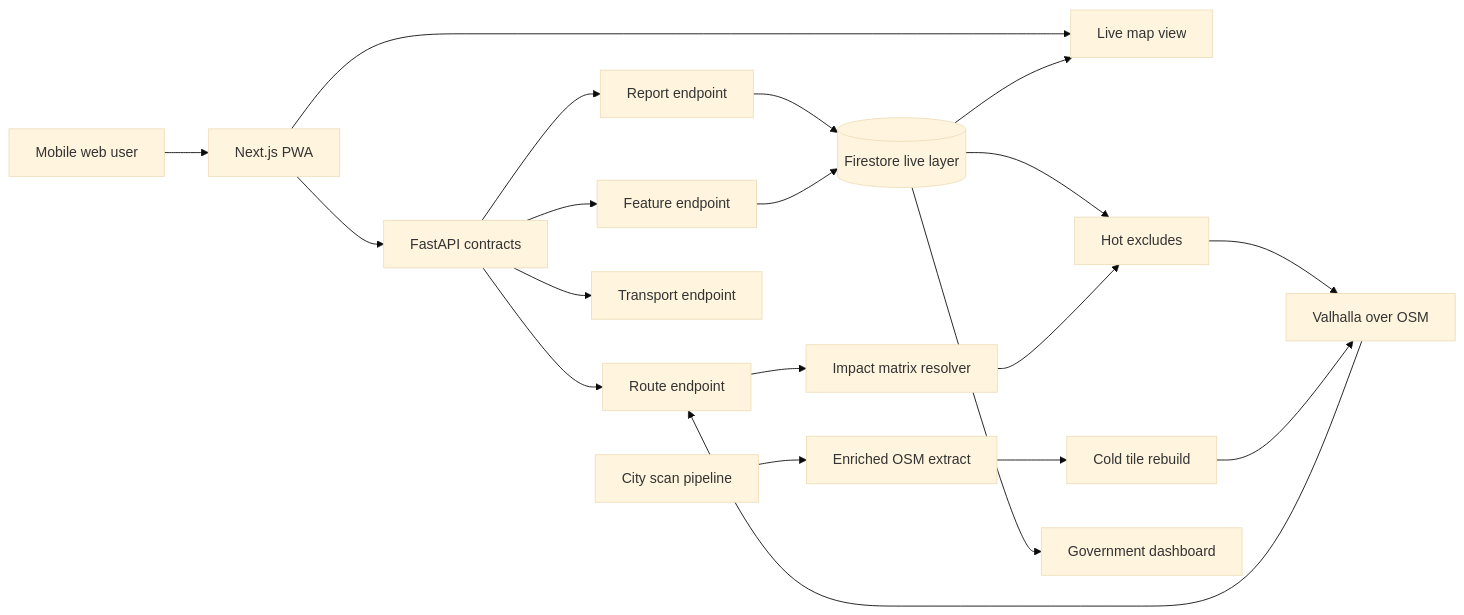
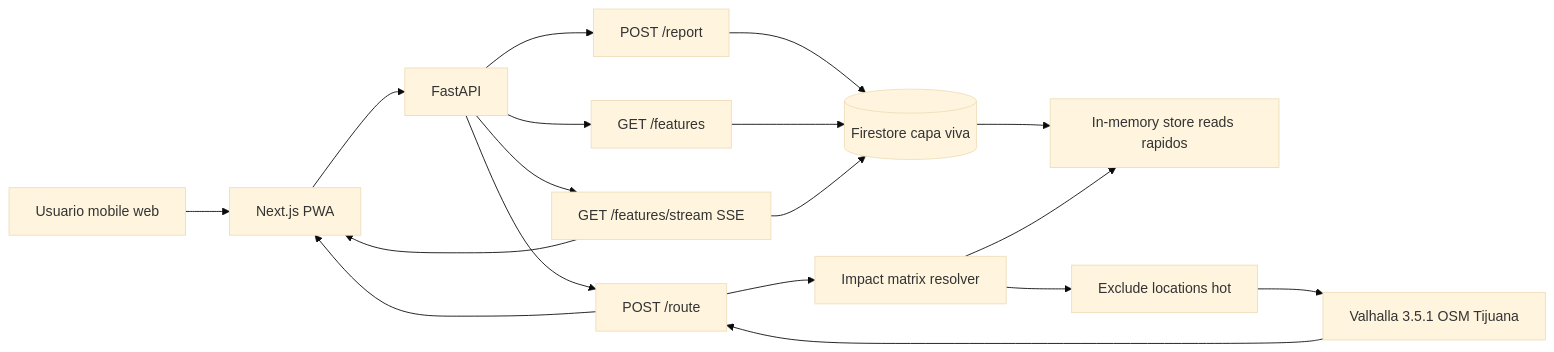
Before and after one commit to jorgesandev/Senda: the diagram in docs/architecture.md, drawn with Mermaid (base theme). The commit also changed other lines of this file and 3 other files, not shown here.

Commit message:
docs: update architecture, documentation, and gitignore configuration

````diff
--- a/docs/architecture.md
+++ b/docs/architecture.md
@@ -5,27 +34,24 @@
 ```mermaid
 flowchart LR
-  User[Mobile web user] --> Web[Next.js PWA]
-  Web --> API[FastAPI contracts]
-  Web --> Live[Live map view]
+  User[Usuario mobile web] --> Web[Next.js PWA]
+  Web --> API[FastAPI]
 
-  API --> Route[Route endpoint]
-  API --> Report[Report endpoint]
-  API --> Features[Feature endpoint]
-  API --> Transport[Transport endpoint]
+  API --> Route[POST /route]
+  API --> Report[POST /report]
+  API --> Features[GET /features]
+  API --> Stream[GET /features/stream SSE]
 
-  Report --> Firestore[(Firestore live layer)]
+  Report --> Firestore[(Firestore capa viva)]
   Features --> Firestore
-  Firestore --> Live
-  Firestore --> Hot[Hot excludes]
+  Stream --> Firestore
+  Firestore --> InMemory[In-memory store reads rapidos]
 
   Route --> Matrix[Impact matrix resolver]
-  Matrix --> Hot
-  Hot --> Valhalla[Valhalla over OSM]
+  Matrix --> Excludes[Exclude locations hot]
+  Matrix --> InMemory
+  Excludes --> Valhalla[Valhalla 3.5.1 OSM Tijuana]
   Valhalla --> Route
 
-  Scan[City scan pipeline] --> OSM[Enriched OSM extract]
-  OSM --> Tiles[Cold tile rebuild]
-  Tiles --> Valhalla
-
-  Firestore --> Dashboard[Government dashboard]
+  Route --> Web
+  Stream --> Web
 ```
````
